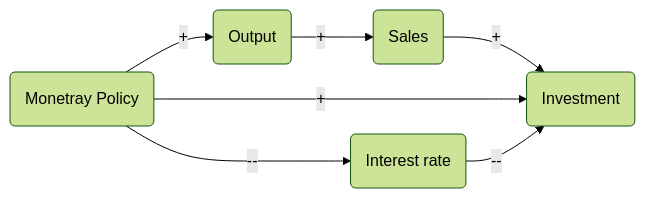
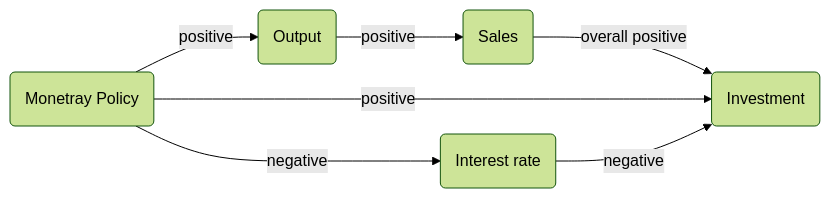
Before and after one commit to JermaineChen404/JermaineChen404.github.io: the third of 4 diagrams in docs/ECON2123/The IS-LM Model.md, drawn with Mermaid (forest theme). The commit also changed other lines of this file, not shown here.

Commit message:
Update The IS-LM Model.md

````diff
--- a/docs/ECON2123/The IS-LM Model.md
+++ b/docs/ECON2123/The IS-LM Model.md
@@ -142,9 +142,9 @@
 ```mermaid
 flowchart LR
-	6(Monetray Policy) -->|+|7(Output)
-	6 -->|--| 8(Interest rate)
-	7 -->|+| 9(Sales)
-	9 -->|+| 10(Investment)
-	6 -->|+| 10
-	8 -->|--| 10
+	6(Monetray Policy) -->|positive|7(Output)
+	6 -->|negative| 8(Interest rate)
+	7 -->|positive| 9(Sales)
+	9 -->|overall positive| 10(Investment)
+	6 -->|positive| 10
+	8 -->|negative| 10
 ```
````
